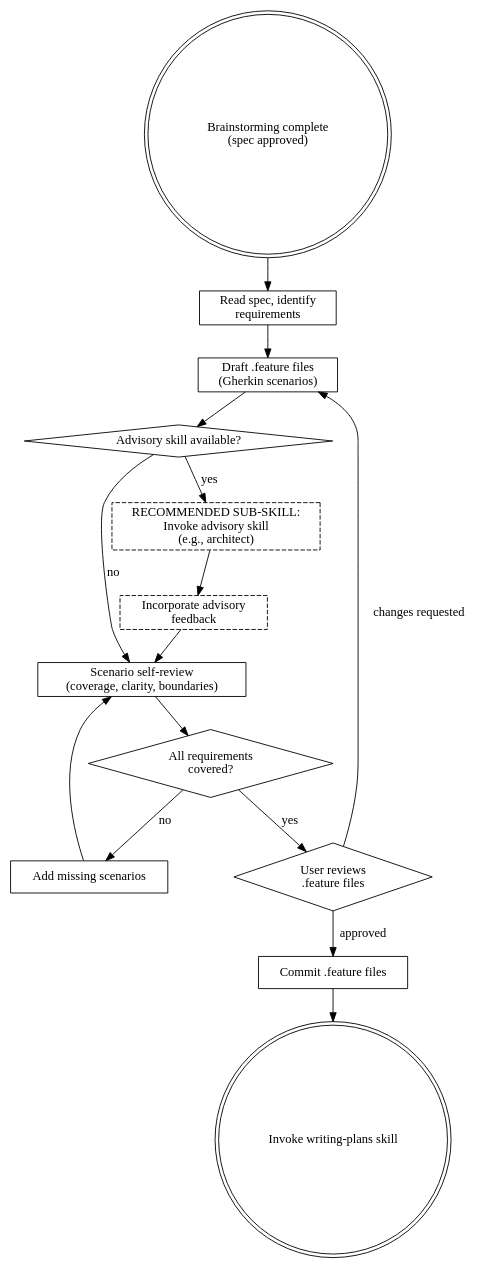
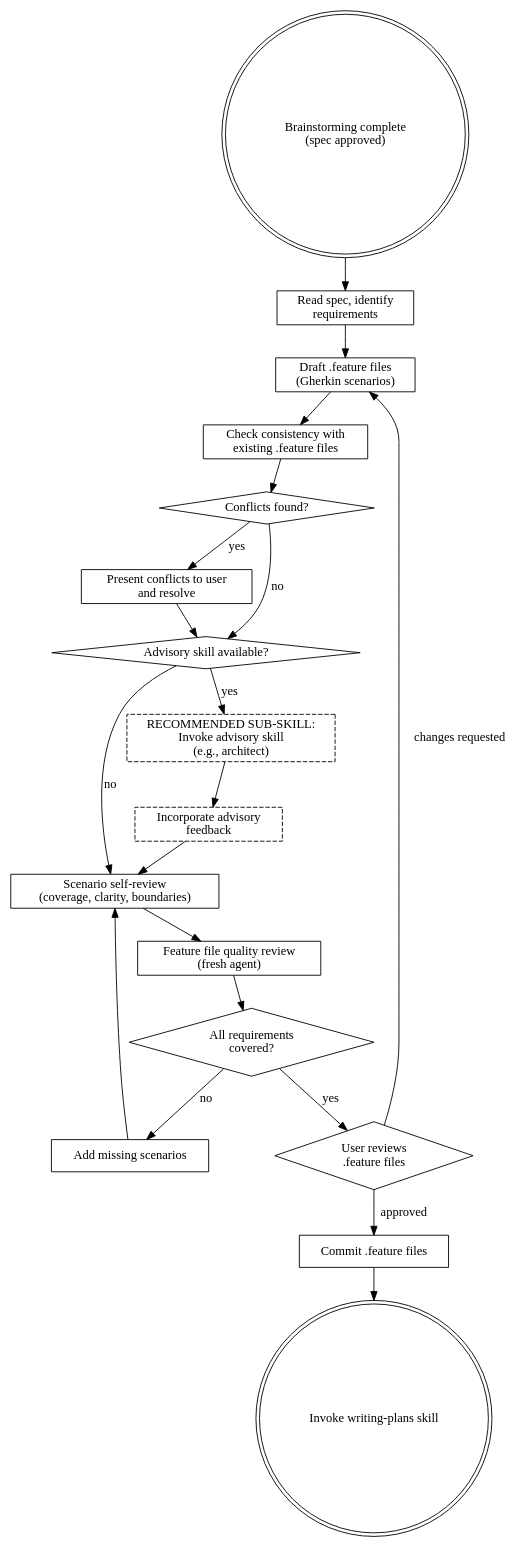
Before and after one commit to florian23/superflowers: the diagram in skills/feature-design/SKILL.md, drawn with Graphviz. The commit also changed other lines of this file and 1 other file, not shown here.

First line of the commit message:
Add feature file protection: consistency check, quality review, conflict resolution

````diff
--- a/skills/feature-design/SKILL.md
+++ b/skills/feature-design/SKILL.md
@@ -41,31 +41,41 @@
 ```dot
 digraph feature_design {
     "Brainstorming complete\n(spec approved)" [shape=doublecircle];
     "Read spec, identify\nrequirements" [shape=box];
     "Draft .feature files\n(Gherkin scenarios)" [shape=box];
     "Advisory skill available?" [shape=diamond];
     "RECOMMENDED SUB-SKILL:\nInvoke advisory skill\n(e.g., architect)" [shape=box style=dashed];
     "Incorporate advisory\nfeedback" [shape=box style=dashed];
     "Scenario self-review\n(coverage, clarity, boundaries)" [shape=box];
     "All requirements\ncovered?" [shape=diamond];
     "Add missing scenarios" [shape=box];
     "User reviews\n.feature files" [shape=diamond];
     "Commit .feature files" [shape=box];
     "Invoke writing-plans skill" [shape=doublecircle];
 
     "Brainstorming complete\n(spec approved)" -> "Read spec, identify\nrequirements";
     "Read spec, identify\nrequirements" -> "Draft .feature files\n(Gherkin scenarios)";
-    "Draft .feature files\n(Gherkin scenarios)" -> "Advisory skill available?";
+    "Check consistency with\nexisting .feature files" [shape=box];
+    "Conflicts found?" [shape=diamond];
+    "Present conflicts to user\nand resolve" [shape=box];
+    "Feature file quality review\n(fresh agent)" [shape=box];
+
+    "Draft .feature files\n(Gherkin scenarios)" -> "Check consistency with\nexisting .feature files";
+    "Check consistency with\nexisting .feature files" -> "Conflicts found?";
+    "Conflicts found?" -> "Present conflicts to user\nand resolve" [label="yes"];
+    "Conflicts found?" -> "Advisory skill available?" [label="no"];
+    "Present conflicts to user\nand resolve" -> "Advisory skill available?";
     "Advisory skill available?" -> "RECOMMENDED SUB-SKILL:\nInvoke advisory skill\n(e.g., architect)" [label="yes"];
     "Advisory skill available?" -> "Scenario self-review\n(coverage, clarity, boundaries)" [label="no"];
     "RECOMMENDED SUB-SKILL:\nInvoke advisory skill\n(e.g., architect)" -> "Incorporate advisory\nfeedback";
     "Incorporate advisory\nfeedback" -> "Scenario self-review\n(coverage, clarity, boundaries)";
-    "Scenario self-review\n(coverage, clarity, boundaries)" -> "All requirements\ncovered?";
+    "Scenario self-review\n(coverage, clarity, boundaries)" -> "Feature file quality review\n(fresh agent)";
+    "Feature file quality review\n(fresh agent)" -> "All requirements\ncovered?";
     "All requirements\ncovered?" -> "Add missing scenarios" [label="no"];
     "Add missing scenarios" -> "Scenario self-review\n(coverage, clarity, boundaries)";
     "All requirements\ncovered?" -> "User reviews\n.feature files" [label="yes"];
     "User reviews\n.feature files" -> "Draft .feature files\n(Gherkin scenarios)" [label="changes requested"];
     "User reviews\n.feature files" -> "Commit .feature files" [label="approved"];
     "Commit .feature files" -> "Invoke writing-plans skill";
 }
 ```
````
